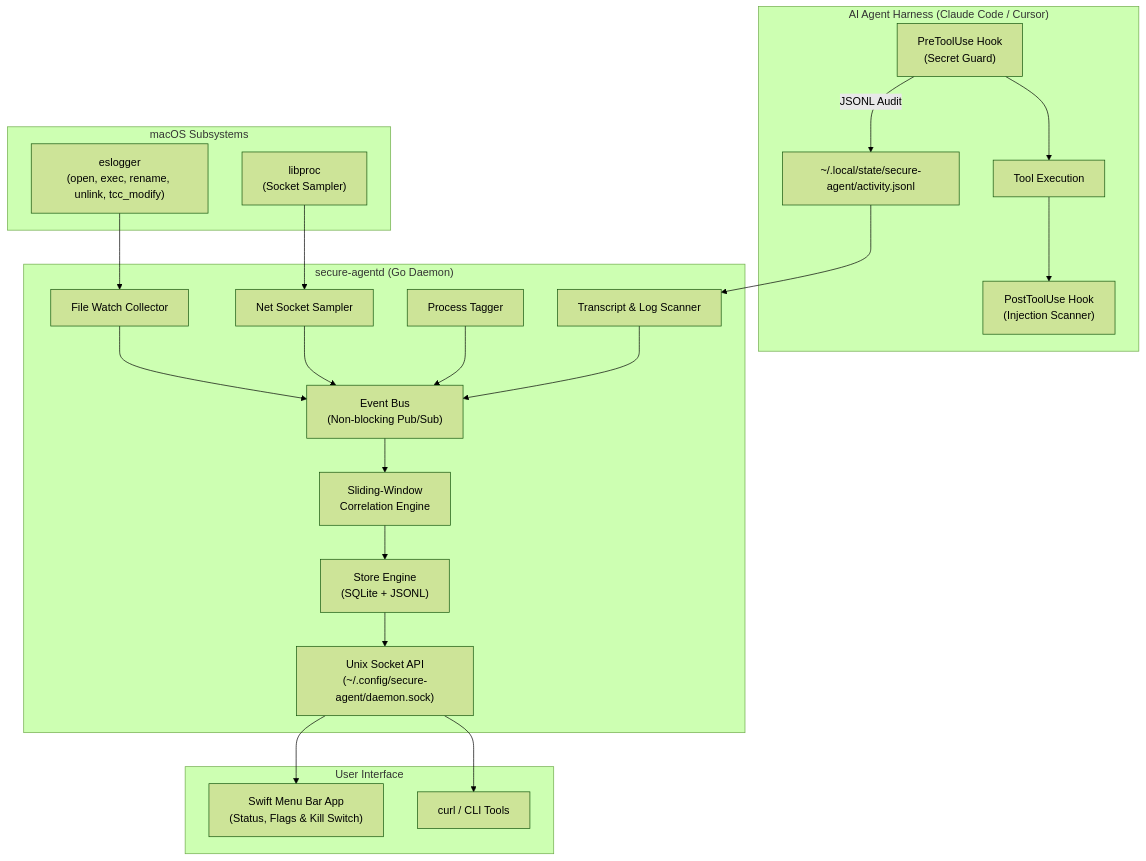
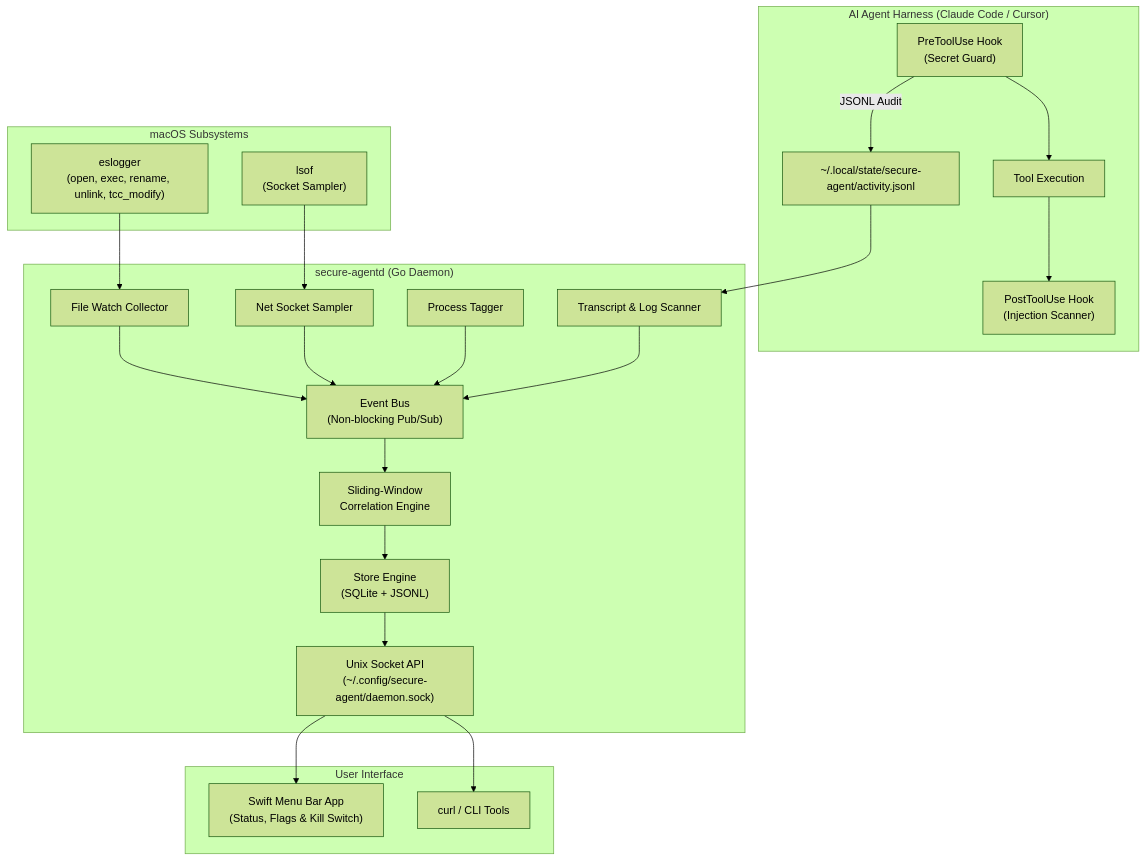
The diagram in README.md (cavi-ai/secure-agent), drawn with Mermaid (forest theme) before and after one commit. The commit also changed other lines of this file and 9 other files, not shown here.

````diff
--- a/README.md
+++ b/README.md
@@ -72,38 +72,38 @@
 ```mermaid
 flowchart TD
     subgraph Harness ["AI Agent Harness (Claude Code / Cursor)"]
         H1["PreToolUse Hook\n(Secret Guard)"] --> H2["Tool Execution"]
         H2 --> H3["PostToolUse Hook\n(Injection Scanner)"]
         H1 -->|JSONL Audit| LOG["~/.local/state/secure-agent/activity.jsonl"]
     end
 
     subgraph OS Telemetry ["macOS Subsystems"]
         ES["eslogger\n(open, exec, rename, unlink, tcc_modify)"]
-        LP["libproc\n(Socket Sampler)"]
+        LP["lsof\n(Socket Sampler)"]
     end
 
     subgraph Daemon ["secure-agentd (Go Daemon)"]
         C1["File Watch Collector"]
         C2["Net Socket Sampler"]
         C3["Process Tagger"]
         C4["Transcript & Log Scanner"]
 
         ES --> C1
         LP --> C2
         LOG --> C4
 
         C1 --> BUS["Event Bus\n(Non-blocking Pub/Sub)"]
         C2 --> BUS
         C3 --> BUS
         C4 --> BUS
 
         BUS --> CORR["Sliding-Window\nCorrelation Engine"]
         CORR --> STORE["Store Engine\n(SQLite + JSONL)"]
         STORE --> API["Unix Socket API\n(~/.config/secure-agent/daemon.sock)"]
     end
 
     subgraph UI ["User Interface"]
         API --> MENUBAR["Swift Menu Bar App\n(Status, Flags & Kill Switch)"]
         API --> CLI["curl / CLI Tools"]
     end
 ```
````
